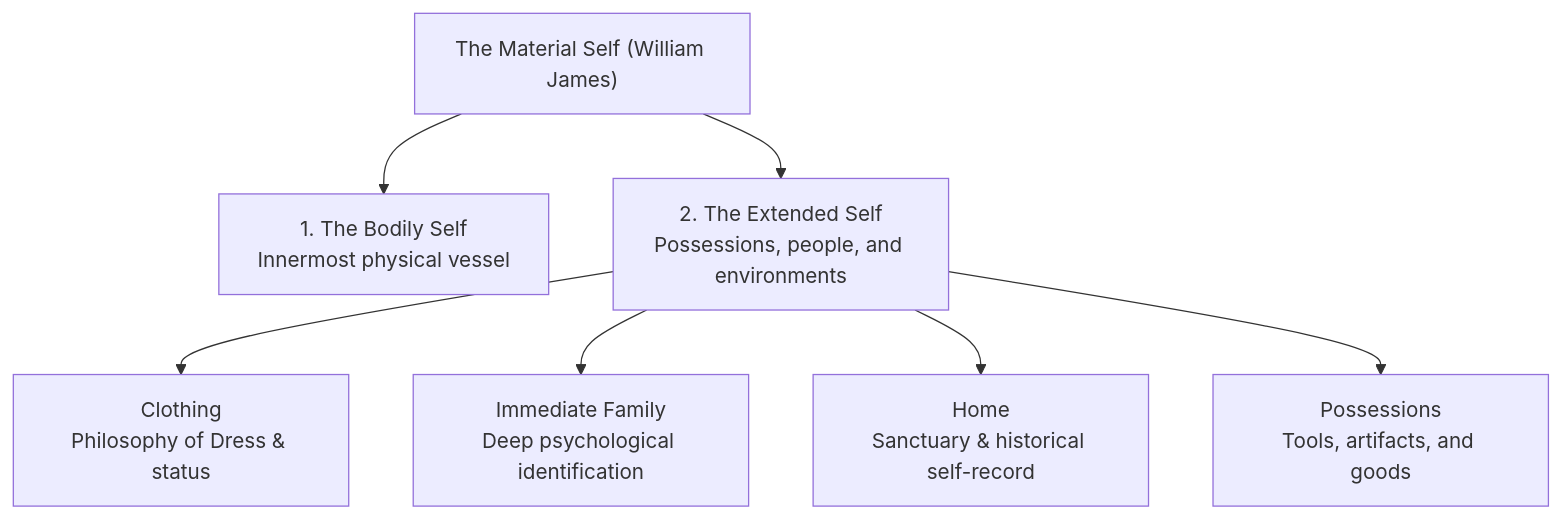
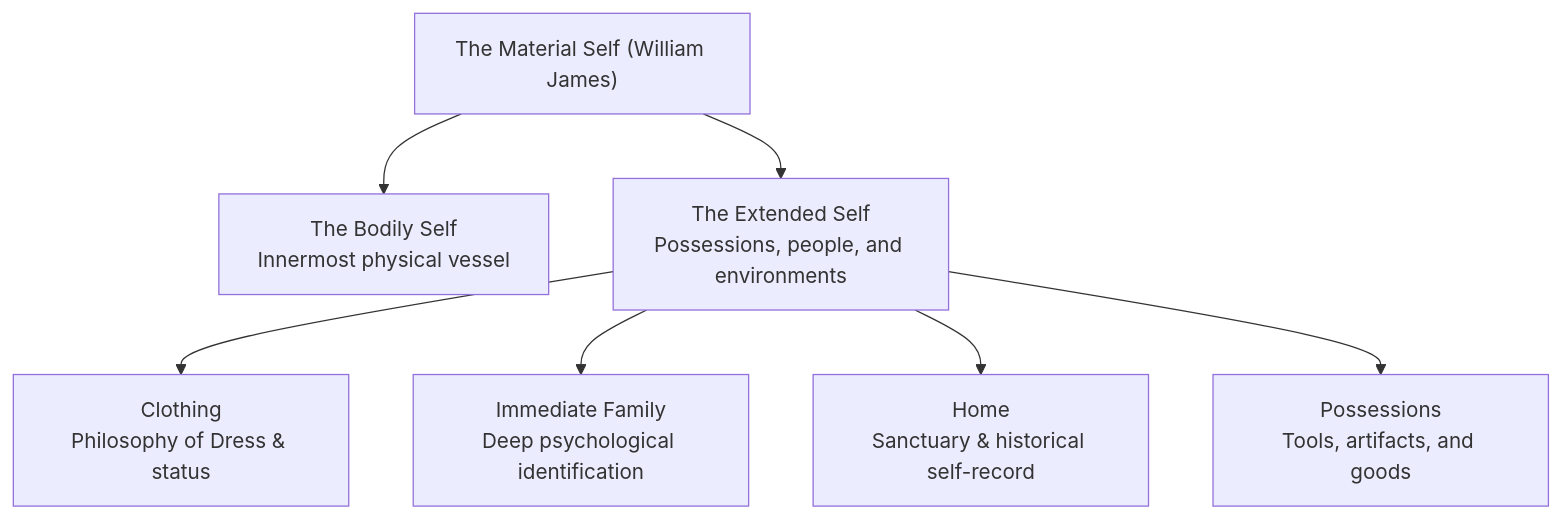
Before and after one commit to aidocmr/learn-bscs: the first of 4 diagrams in content/Year 1/Understanding the Self/9. The Material Self.md, drawn with Mermaid. The commit also changed other lines of this file and 20 other files, not shown here.

First line of the commit message:
fix: Remove markdown lists and numbered prefixes from all Mermaid diagrams

````diff
--- a/content/Year 1/Understanding the Self/9. The Material Self.md
+++ b/content/Year 1/Understanding the Self/9. The Material Self.md
@@ -14,9 +14,9 @@
 ```mermaid
 graph TD
-    MS["The Material Self (William James)"] --> Bod["1. The Bodily Self<br/>Innermost physical vessel"]
-    MS --> Ext["2. The Extended Self<br/>Possessions, people, and environments"]
+    MS["The Material Self (William James)"] --> Bod["The Bodily Self<br/>Innermost physical vessel"]
+    MS --> Ext["The Extended Self<br/>Possessions, people, and environments"]
     Ext --> Clo["Clothing<br/>Philosophy of Dress & status"]
     Ext --> Fam["Immediate Family<br/>Deep psychological identification"]
     Ext --> Hom["Home<br/>Sanctuary & historical self-record"]
     Ext --> Poss["Possessions<br/>Tools, artifacts, and goods"]
 ```
````
